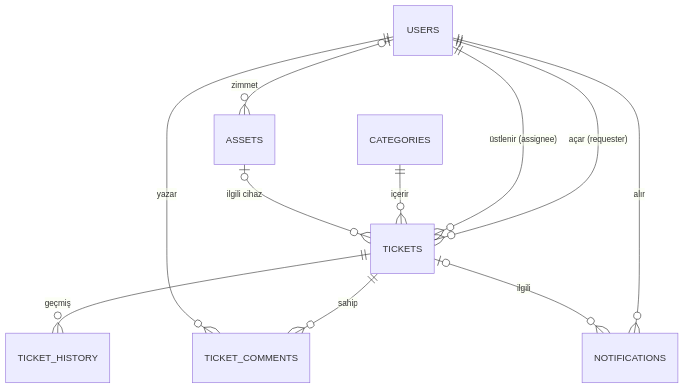
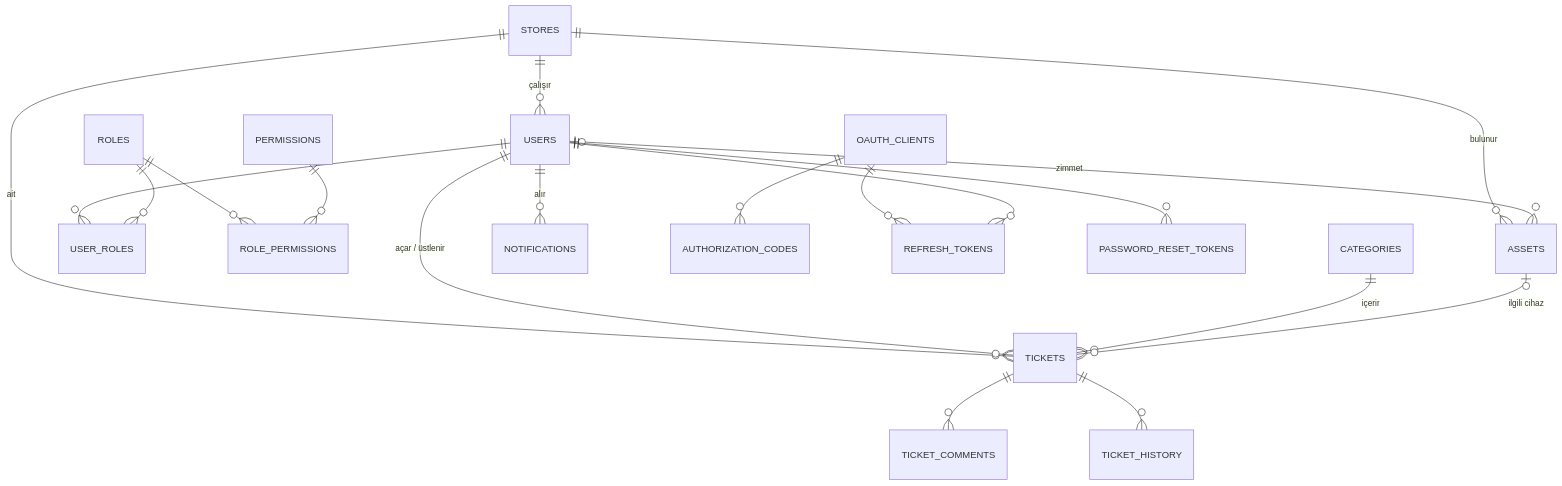
Before and after one commit to toygarkeskin/StajDesk: the third of 3 diagrams in docs/ARCHITECTURE.md, drawn with Mermaid. The commit also changed other lines of this file and 95 other files, not shown here.

````diff
--- a/docs/ARCHITECTURE.md
+++ b/docs/ARCHITECTURE.md
@@ -82,13 +115,21 @@
 ```mermaid
 erDiagram
-    USERS ||--o{ TICKETS : "açar (requester)"
-    USERS ||--o{ TICKETS : "üstlenir (assignee)"
+    STORES ||--o{ USERS : "çalışır"
+    STORES ||--o{ TICKETS : "ait"
+    STORES ||--o{ ASSETS : "bulunur"
+    USERS ||--o{ USER_ROLES : ""
+    ROLES ||--o{ USER_ROLES : ""
+    ROLES ||--o{ ROLE_PERMISSIONS : ""
+    PERMISSIONS ||--o{ ROLE_PERMISSIONS : ""
+    USERS ||--o{ TICKETS : "açar / üstlenir"
     CATEGORIES ||--o{ TICKETS : içerir
     ASSETS |o--o{ TICKETS : "ilgili cihaz"
     USERS |o--o{ ASSETS : zimmet
-    TICKETS ||--o{ TICKET_COMMENTS : sahip
-    USERS ||--o{ TICKET_COMMENTS : yazar
-    TICKETS ||--o{ TICKET_HISTORY : geçmiş
+    TICKETS ||--o{ TICKET_COMMENTS : ""
+    TICKETS ||--o{ TICKET_HISTORY : ""
     USERS ||--o{ NOTIFICATIONS : alır
-    TICKETS |o--o{ NOTIFICATIONS : ilgili
+    OAUTH_CLIENTS ||--o{ AUTHORIZATION_CODES : ""
+    OAUTH_CLIENTS ||--o{ REFRESH_TOKENS : ""
+    USERS ||--o{ REFRESH_TOKENS : ""
+    USERS ||--o{ PASSWORD_RESET_TOKENS : ""
 ```
````
